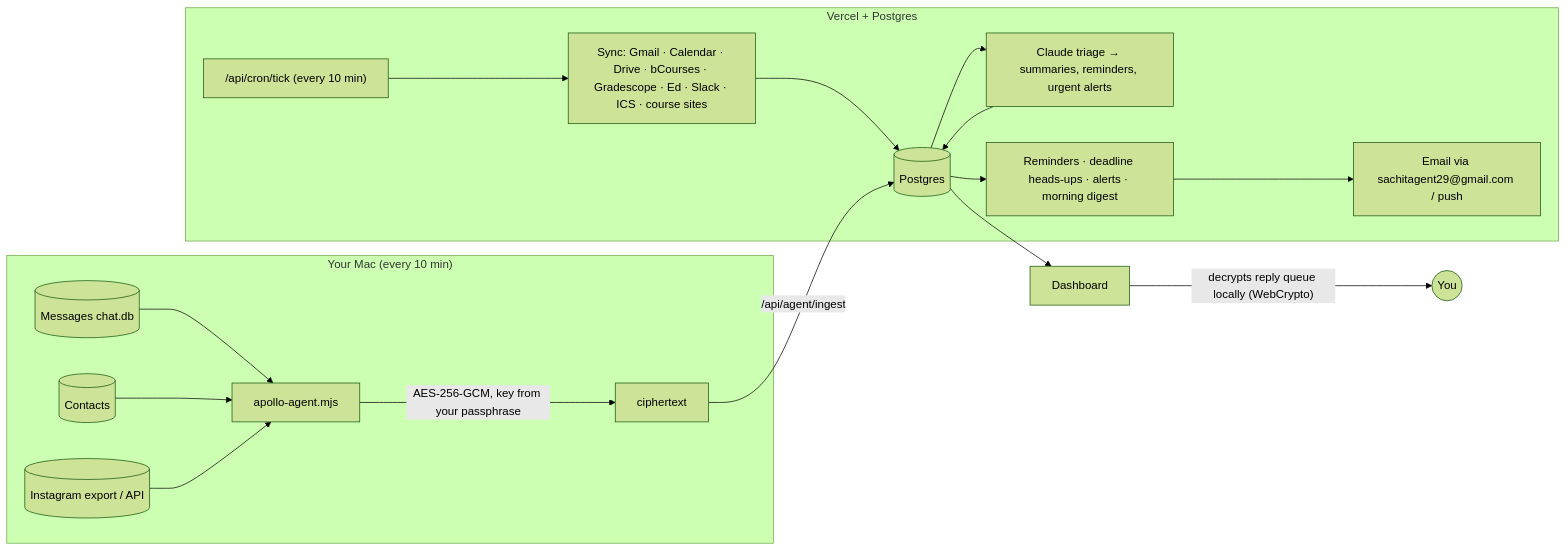
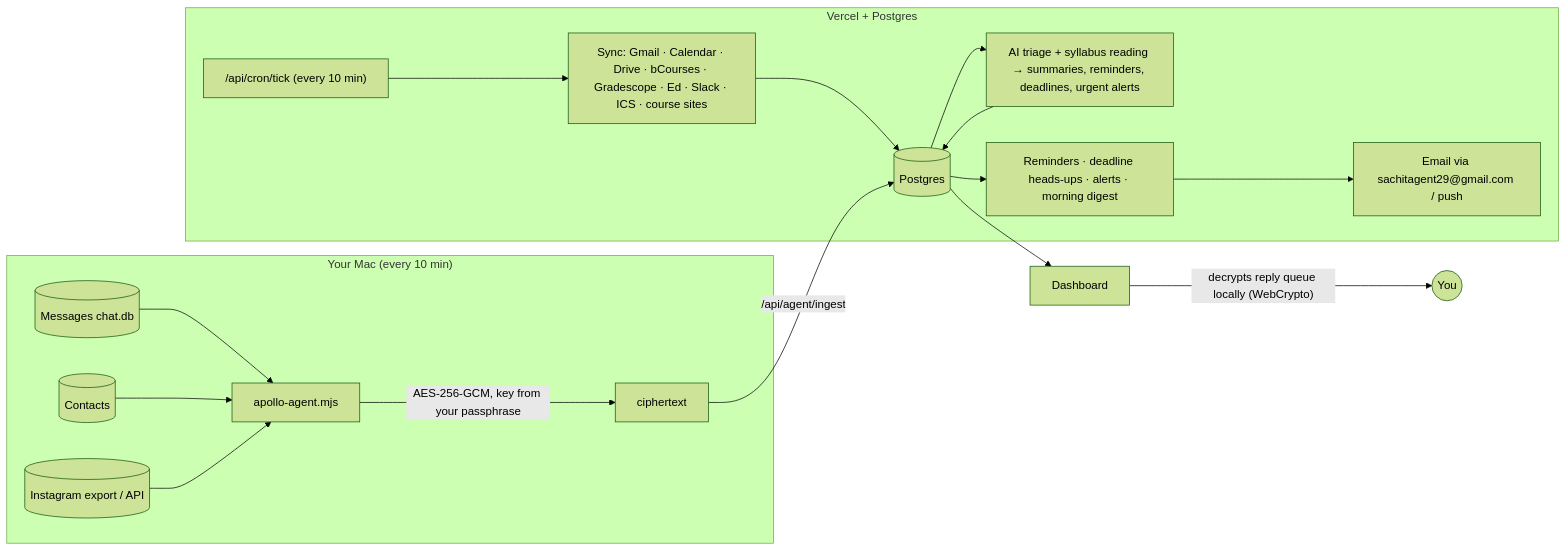
Before and after one commit to sachitkumar1/second-brain: the diagram in README.md, drawn with Mermaid (forest theme). The commit also changed other lines of this file and 26 other files, not shown here.

````diff
--- a/README.md
+++ b/README.md
@@ -45,20 +45,20 @@
 ```mermaid
 flowchart LR
   subgraph Mac["Your Mac (every 10 min)"]
     M[(Messages chat.db)] --> A[apollo-agent.mjs]
     C[(Contacts)] --> A
     I[(Instagram export / API)] --> A
     A -->|"AES-256-GCM, key from your passphrase"| X[ciphertext]
   end
   subgraph Cloud["Vercel + Postgres"]
     T["/api/cron/tick (every 10 min)"] --> S[Sync: Gmail · Calendar · Drive · bCourses · Gradescope · Ed · Slack · ICS · course sites]
     S --> DB[(Postgres)]
-    DB --> AI[Claude triage → summaries, reminders, urgent alerts]
+    DB --> AI[AI triage + syllabus reading → summaries, reminders, deadlines, urgent alerts]
     AI --> DB
     DB --> N[Reminders · deadline heads-ups · alerts · morning digest]
     N --> E[Email via sachitagent29@gmail.com / push]
     X -->|"/api/agent/ingest"| DB
   end
   DB --> UI[Dashboard]
   UI -->|"decrypts reply queue locally (WebCrypto)"| You((You))
 ```
````
